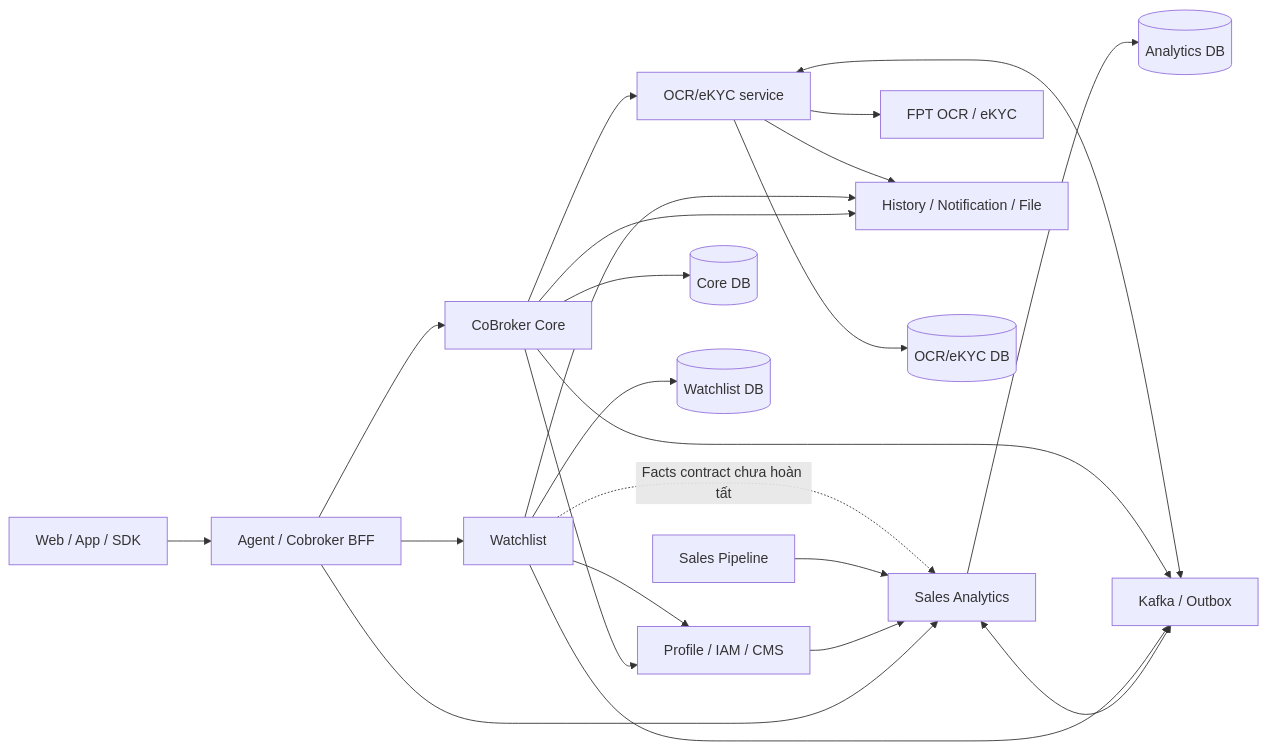
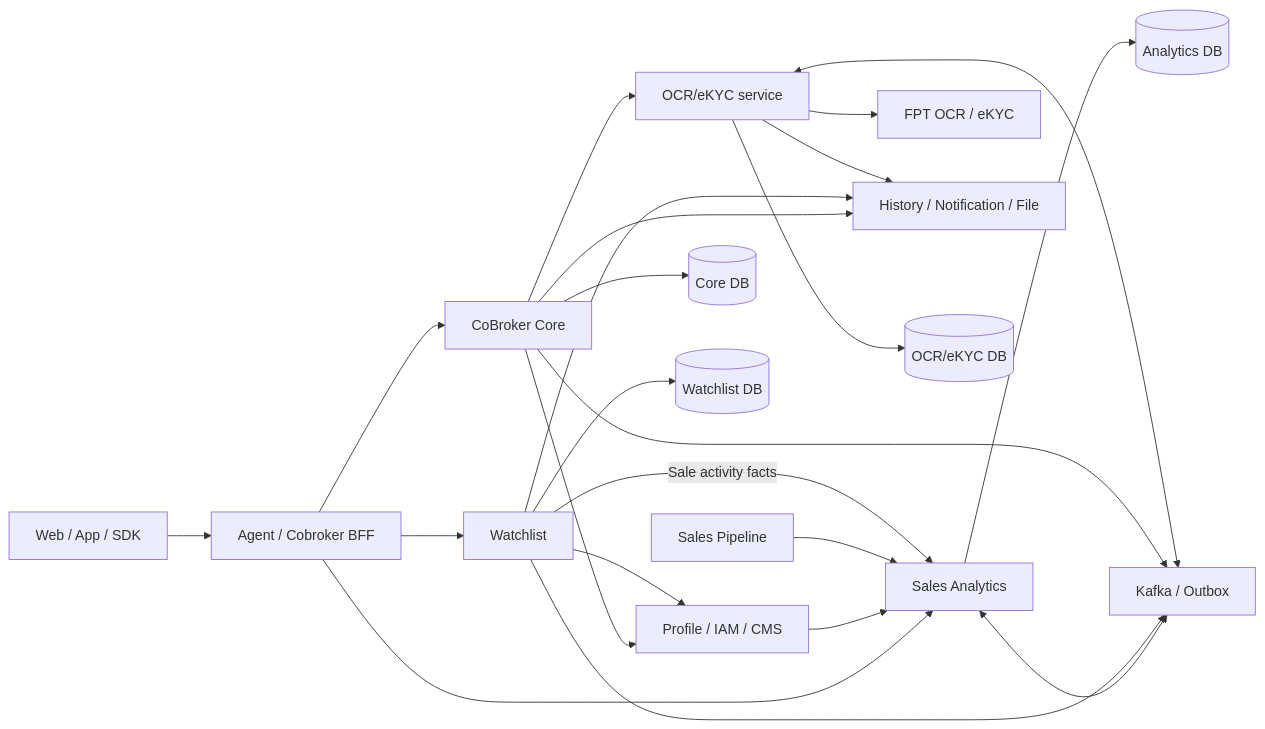
One commit to huynv-xyz/vhm-tdd changed the diagram in cobroker/diagrams/cobroker-01.mmd. Above: the diagram before and after it, drawn with Mermaid. The commit also changed 3 other files, not shown here.

Commit message:
docs: rewrite Cobroker TTD as target architecture specification

```diff
--- a/cobroker/diagrams/cobroker-01.mmd
+++ b/cobroker/diagrams/cobroker-01.mmd
@@ -1,23 +1,23 @@
 flowchart LR
     U["Web / App / SDK"] --> B["Agent / Cobroker BFF"]
     B --> C["CoBroker Core"]
     B --> A["Sales Analytics"]
     B --> W["Watchlist"]
     C --> E["OCR/eKYC service"]
     E --> F["FPT OCR / eKYC"]
     C --> P["Profile / IAM / CMS"]
     P --> A
     D["Sales Pipeline"] --> A
-    W -. "Facts contract chưa hoàn tất" .-> A
+    W -->|"Sale activity facts"| A
     W --> P
     C --> H["History / Notification / File"]
     W --> H
     E --> H
     C --> CD[("Core DB")]
     A --> AD[("Analytics DB")]
     W --> WD[("Watchlist DB")]
     E --> ED[("OCR/eKYC DB")]
     A <--> K["Kafka / Outbox"]
     W --> K
     C --> K
     E <--> K
```
